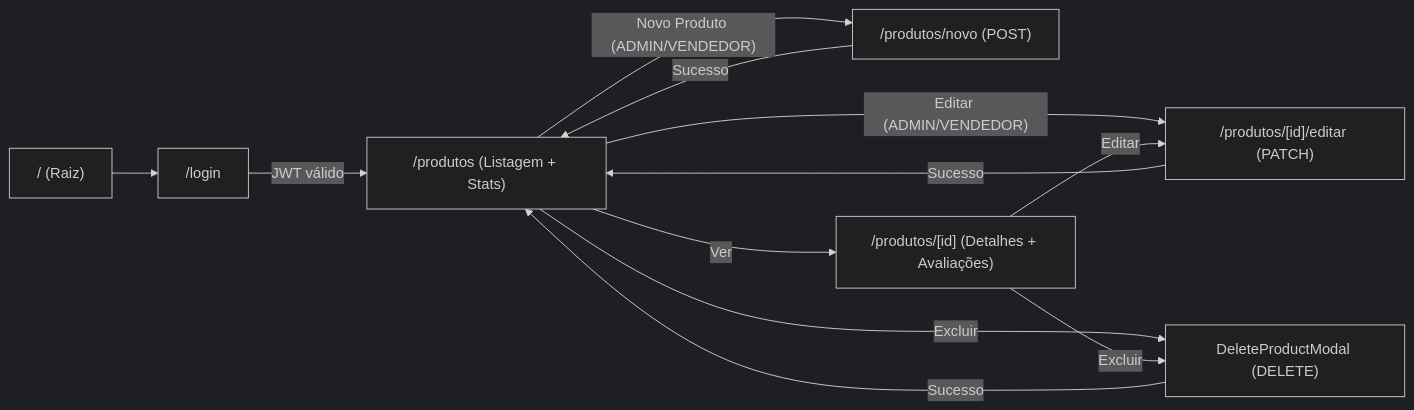
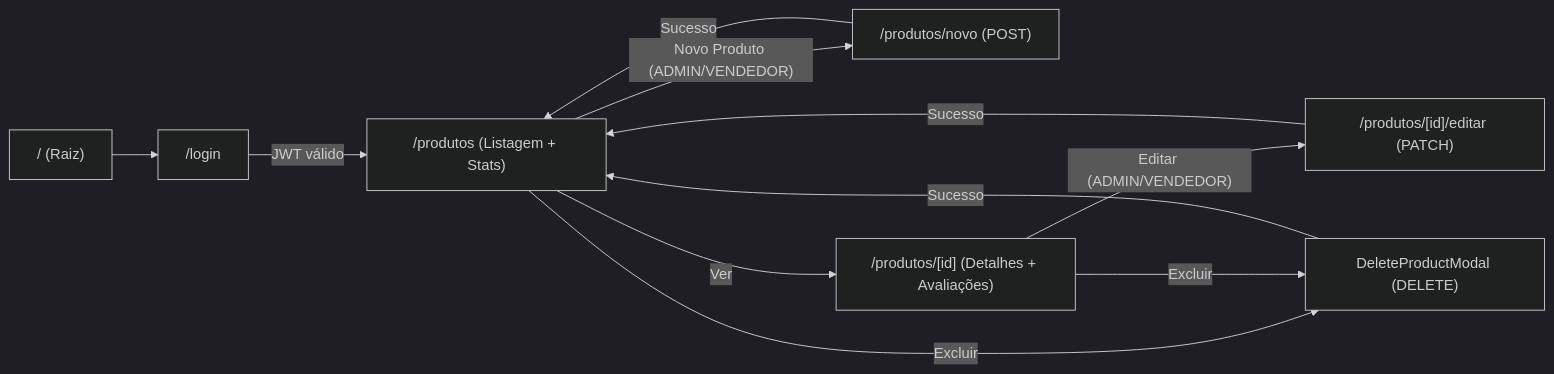
The diagram in DOCUMENTACAO.md (JoaoVictor-Lucena/DAW3-PROJETO), drawn with Mermaid (dark theme) before and after one commit. The commit also changed 4 other files, not shown here.

````diff
--- a/DOCUMENTACAO.md
+++ b/DOCUMENTACAO.md
@@ -52,14 +52,13 @@
 ```mermaid
 flowchart LR
   A["/ (Raiz)"] --> B["/login"]
   B -- "JWT válido" --> C["/produtos (Listagem + Stats)"]
   C -- "Novo Produto (ADMIN/VENDEDOR)" --> D["/produtos/novo (POST)"]
   C -- "Ver" --> E["/produtos/[id] (Detalhes + Avaliações)"]
-  C -- "Editar (ADMIN/VENDEDOR)" --> F["/produtos/[id]/editar (PATCH)"]
-  E -- "Editar" --> F
+  E -- "Editar (ADMIN/VENDEDOR)" --> F["/produtos/[id]/editar (PATCH)"]
   C -- "Excluir" --> G["DeleteProductModal (DELETE)"]
   E -- "Excluir" --> G
   D -- "Sucesso" --> C
   F -- "Sucesso" --> C
   G -- "Sucesso" --> C
 ```
````
